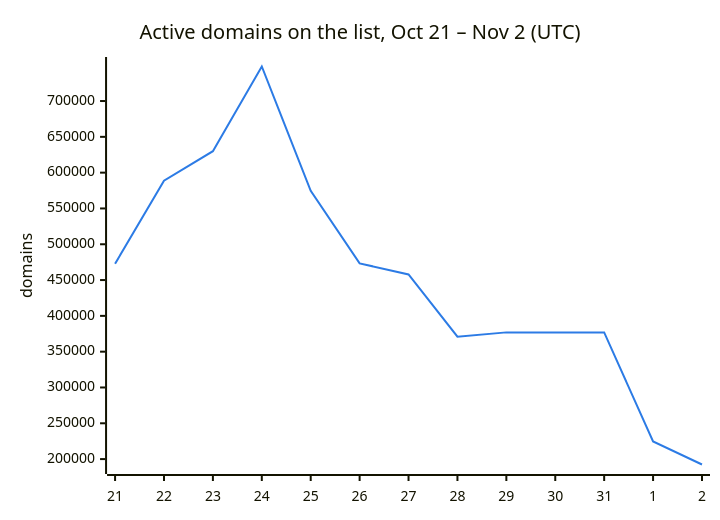
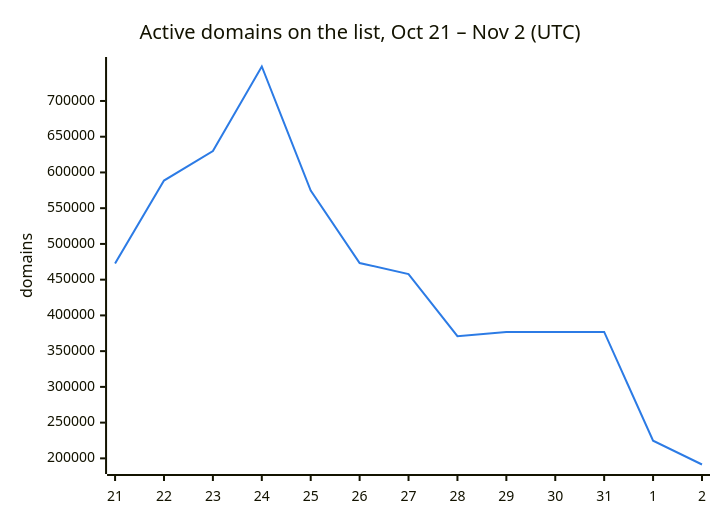
One commit to DNSBunker/CTI changed the second of 3 diagrams in README.md. Above: the diagram before and after it, drawn with Mermaid. The commit also changed other lines of this file and 3 other files, not shown here.

````diff
--- a/README.md
+++ b/README.md
@@ -38,8 +38,8 @@
 ```mermaid
 %%{init: {"themeVariables": {"xyChart": {"plotColorPalette": "#2c7be5"}}}}%%
 xychart-beta
     title "Active domains on the list, Oct 21 – Nov 2 (UTC)"
     x-axis ["21", "22", "23", "24", "25", "26", "27", "28", "29", "30", "31", "1", "2"]
     y-axis "domains"
-    line [472713, 588659, 629951, 748222, 574614, 473331, 457795, 371010, 376945, 376945, 376945, 224607, 192445]
+    line [472713, 588659, 629951, 748222, 574614, 473331, 457795, 371010, 376945, 376945, 376945, 224607, 191410]
 ```
````
